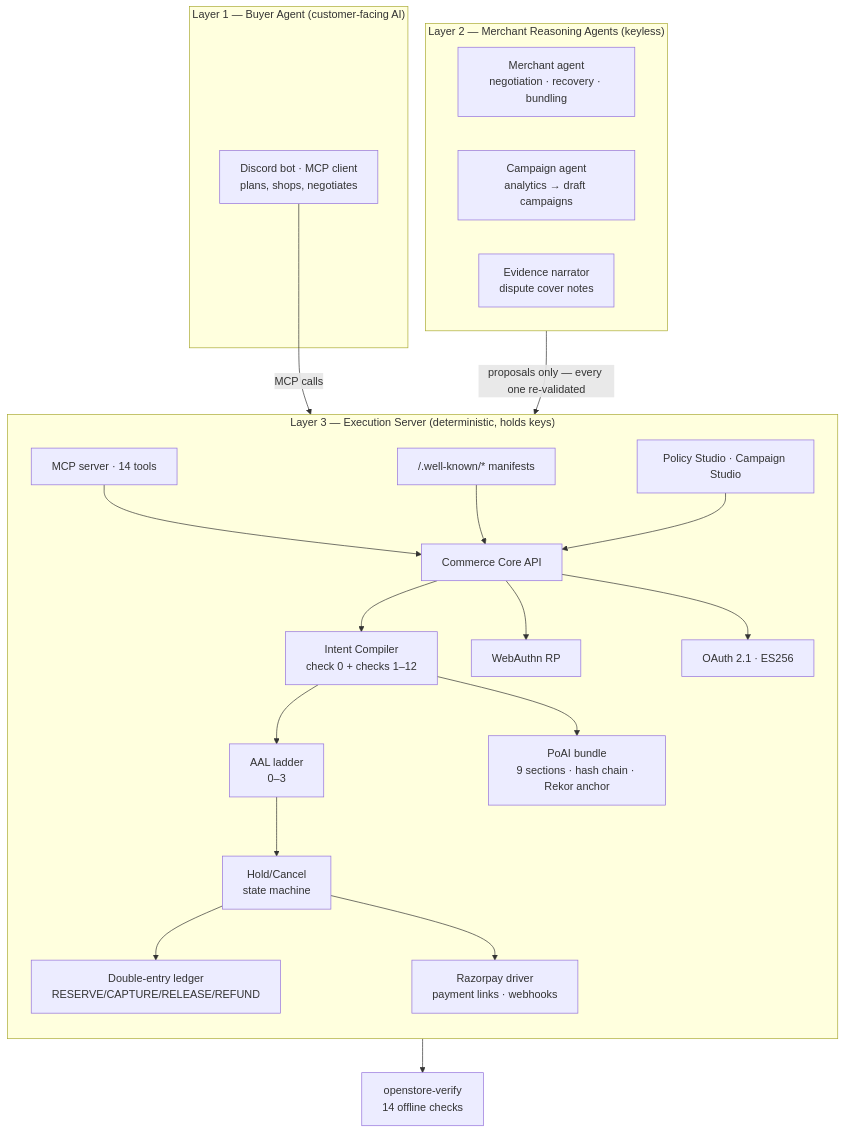
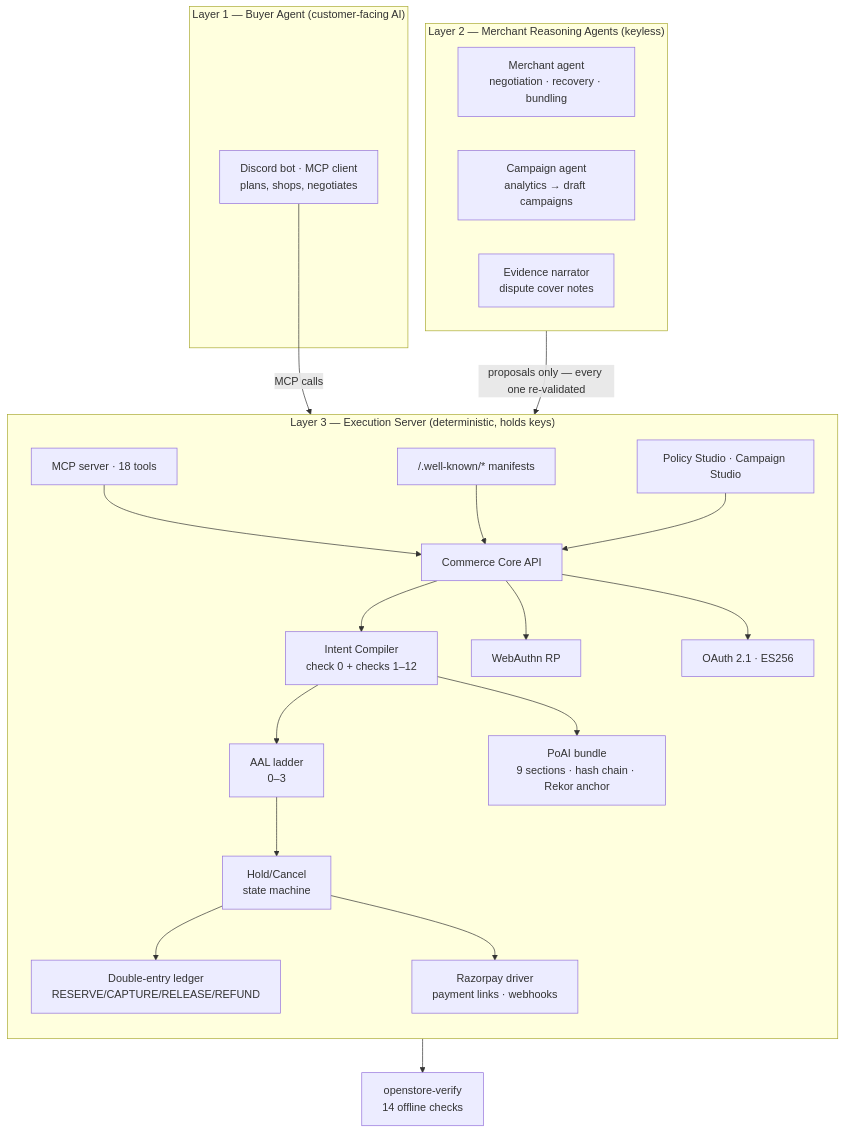
The first of 2 diagrams in README.md (ApxllxCartxr/OpenStore), drawn with Mermaid before and after one commit. The commit also changed other lines of this file, not shown here.

````diff
--- a/README.md
+++ b/README.md
@@ -68,31 +99,31 @@
 ```mermaid
 flowchart TB
     subgraph L1["Layer 1 — Buyer Agent (customer-facing AI)"]
         Buyer["Discord bot · MCP client<br/>plans, shops, negotiates"]
     end
 
     subgraph L2["Layer 2 — Merchant Reasoning Agents (keyless)"]
         Merchant["Merchant agent<br/>negotiation · recovery · bundling"]
         Campaign["Campaign agent<br/>analytics → draft campaigns"]
         Narrator["Evidence narrator<br/>dispute cover notes"]
     end
 
     subgraph L3["Layer 3 — Execution Server (deterministic, holds keys)"]
         direction TB
-        MCP["MCP server · 14 tools"] --> API["Commerce Core API"]
+        MCP["MCP server · 18 tools"] --> API["Commerce Core API"]
         WK["/.well-known/* manifests"] --> API
         Studio["Policy Studio · Campaign Studio"] --> API
         API --> Compiler["Intent Compiler<br/>check 0 + checks 1–12"]
         Compiler --> AAL["AAL ladder<br/>0–3"]
         AAL --> Hold["Hold/Cancel<br/>state machine"]
         Hold --> Ledger["Double-entry ledger<br/>RESERVE/CAPTURE/RELEASE/REFUND"]
         Hold --> RZ["Razorpay driver<br/>payment links · webhooks"]
         Compiler --> POAI["PoAI bundle<br/>9 sections · hash chain · Rekor anchor"]
         API --> WA["WebAuthn RP"]
         API --> OAuth["OAuth 2.1 · ES256"]
     end
 
     Buyer -->|"MCP calls"| MCP
     L2 -->|"proposals only — every one re-validated"| API
     POAI --> Verify["openstore-verify<br/>14 offline checks"]
 ```
````
